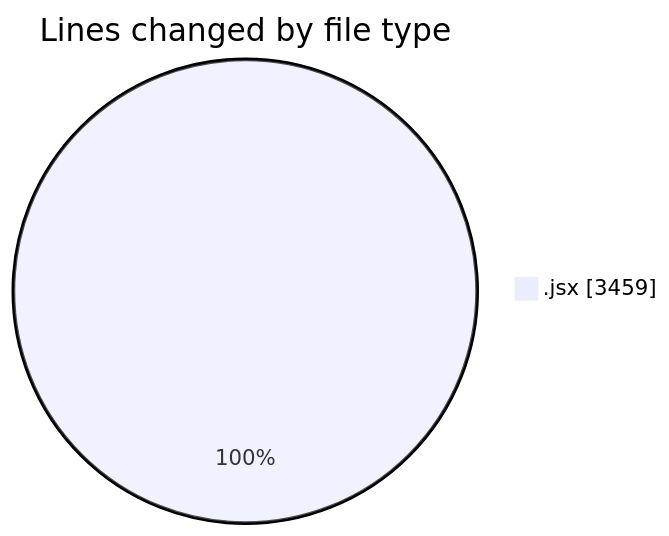
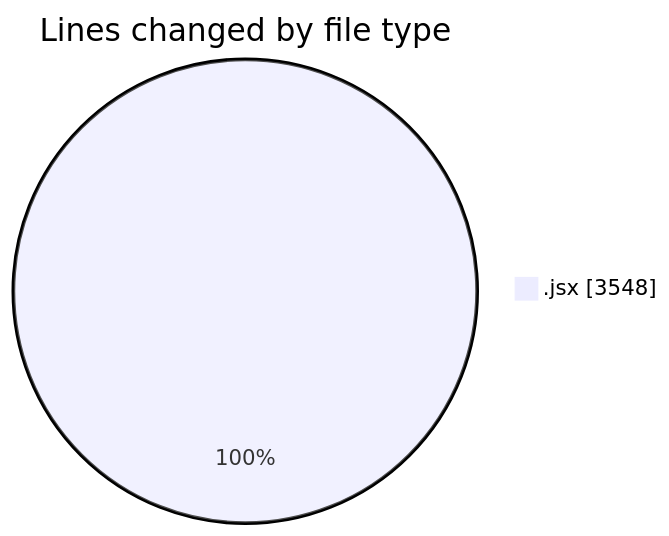
One commit to nxtqubesakshisongat/code-tracking changed the first of 2 diagrams in 2025-07-04/argos/README.md. Above: the diagram before and after it, drawn with Mermaid. The commit also changed other lines of this file and 1 other file, not shown here.

````diff
--- a/2025-07-04/argos/README.md
+++ b/2025-07-04/argos/README.md
@@ -22,5 +22,5 @@
 ```mermaid
 pie showData
 title Lines changed by file type
-".jsx" : 3459
+".jsx" : 3548
 ```
````
